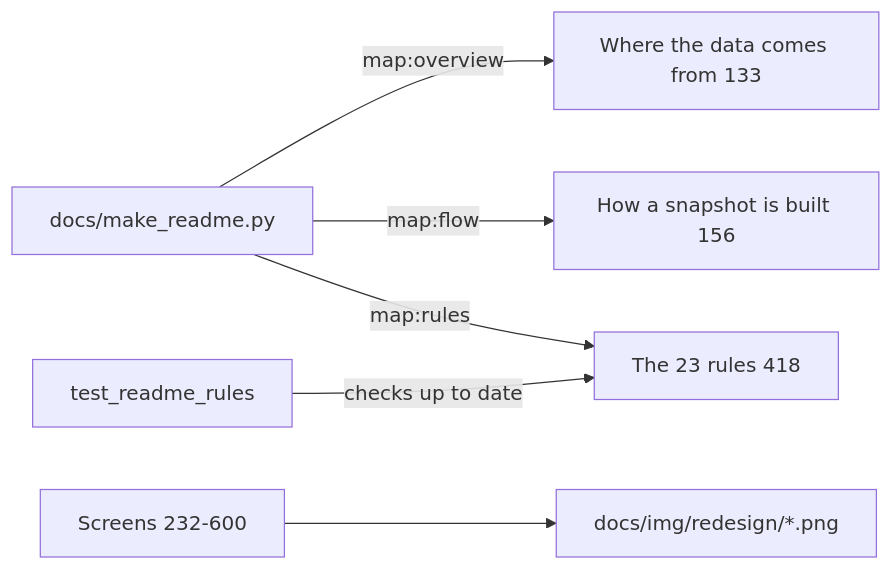
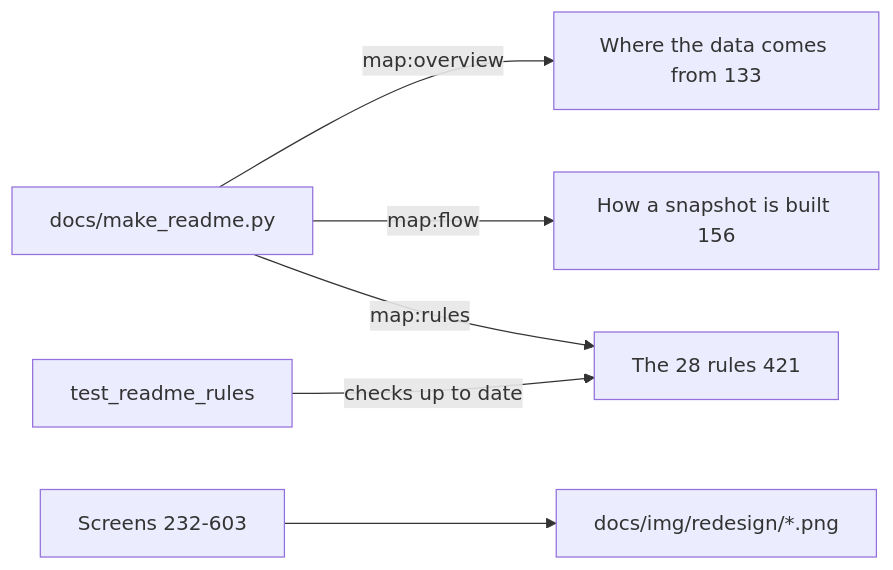
The diagram in snowflake-access-explorer-knowledge-graph/documents/readme-html.md (darshanmeel/snowflake-access-explorer), drawn with Mermaid before and after one commit. The commit also changed other lines of this file and 106 other files, not shown here.

First line of the commit message:
Docs and knowledge graph for Activity; setup verify expects 11 tables

````diff
--- a/snowflake-access-explorer-knowledge-graph/documents/readme-html.md
+++ b/snowflake-access-explorer-knowledge-graph/documents/readme-html.md
@@ -3,8 +4,8 @@
 ```mermaid
 flowchart LR
   MK[docs/make_readme.py] -->|map:overview| O[Where the data comes from 133]
   MK -->|map:flow| F[How a snapshot is built 156]
-  MK -->|map:rules| R[The 23 rules 418]
+  MK -->|map:rules| R[The 28 rules 421]
   T[test_readme_rules] -->|checks up to date| R
-  S[Screens 232-600] --> IMG[docs/img/redesign/*.png]
+  S[Screens 232-603] --> IMG[docs/img/redesign/*.png]
 ```
````
